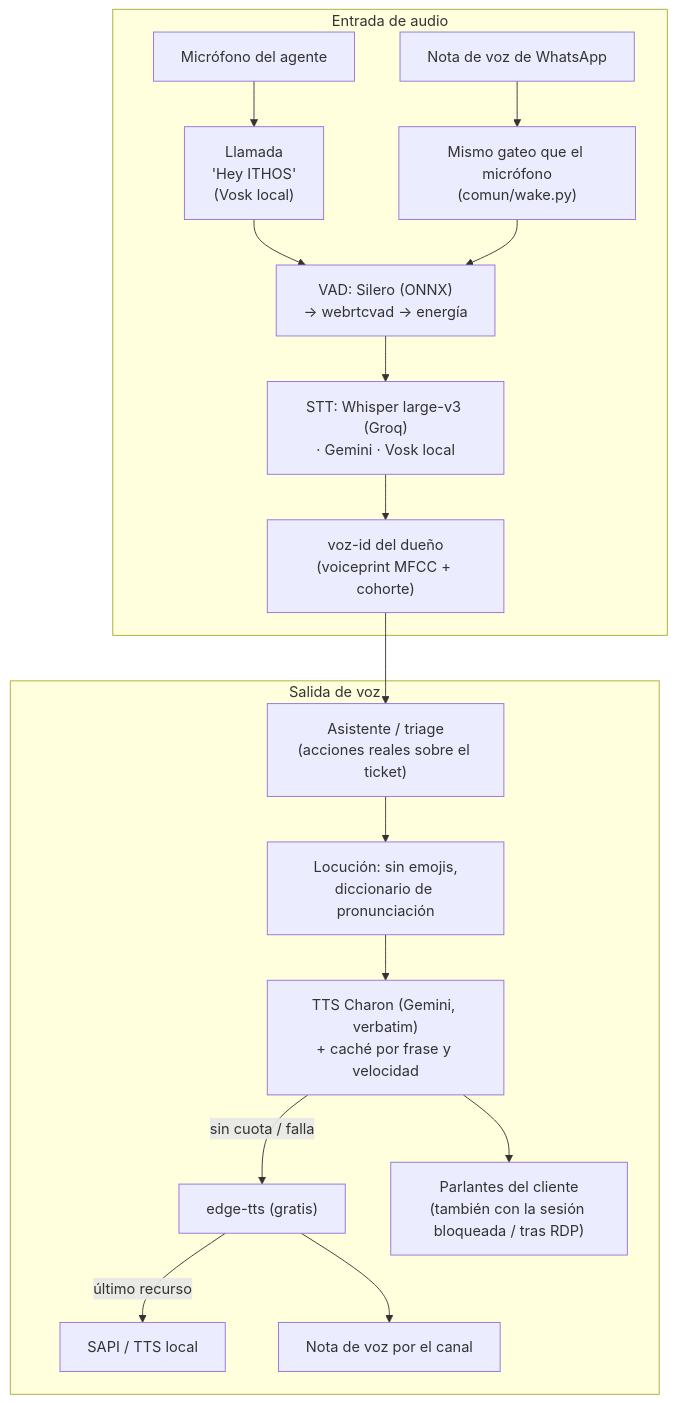
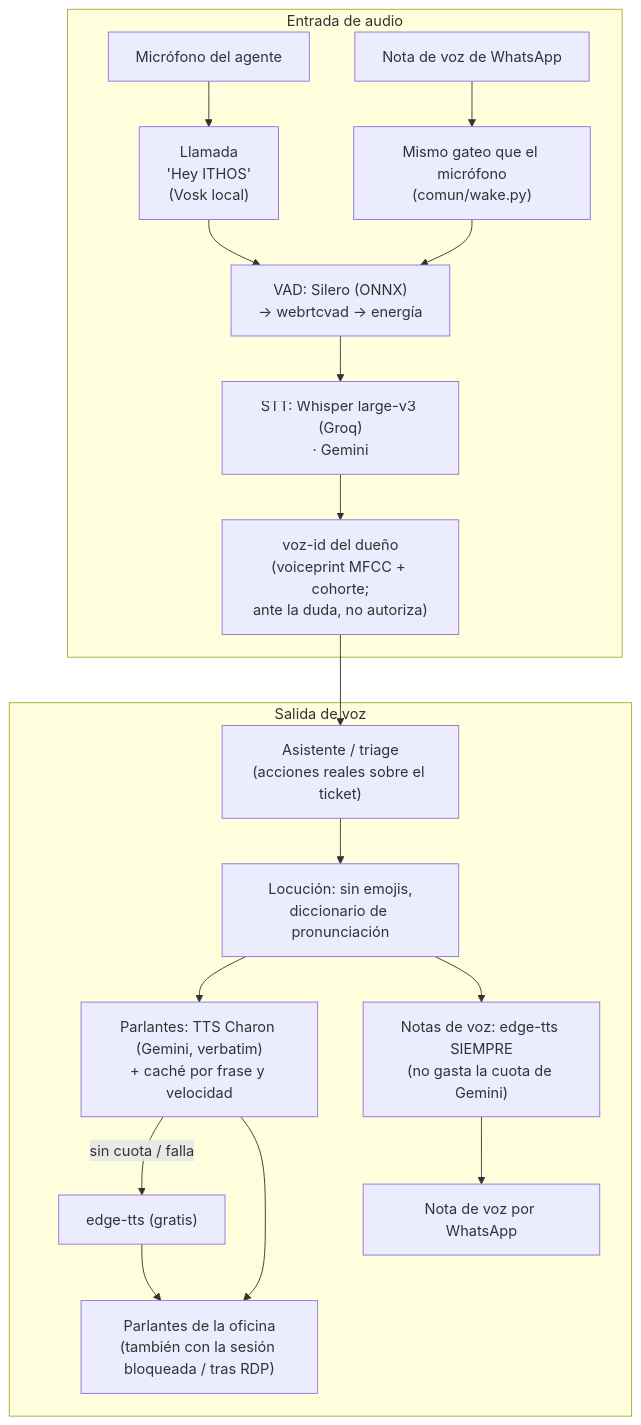
The second of 6 diagrams in DOCUMENTO_MAESTRO.md (bsierra4262/ithos), drawn with Mermaid before and after one commit. The commit also changed other lines of this file and 73 other files, not shown here.

````diff
--- a/DOCUMENTO_MAESTRO.md
+++ b/DOCUMENTO_MAESTRO.md
@@ -120,20 +122,21 @@
 ```mermaid
 flowchart TD
     subgraph ENT["Entrada de audio"]
         M1["Micrófono del agente"] --> W["Llamada<br/>'Hey ITHOS'<br/>(Vosk local)"]
         M2["Nota de voz de WhatsApp"] --> G["Mismo gateo que el micrófono<br/>(comun/wake.py)"]
         W --> V["VAD: Silero (ONNX)<br/>→ webrtcvad → energía"]
         G --> V
-        V --> S["STT: Whisper large-v3 (Groq)<br/>· Gemini · Vosk local"]
-        S --> ID["voz-id del dueño<br/>(voiceprint MFCC + cohorte)"]
+        V --> S["STT: Whisper large-v3 (Groq)<br/>· Gemini"]
+        S --> ID["voz-id del dueño<br/>(voiceprint MFCC + cohorte;<br/>ante la duda, no autoriza)"]
     end
     ID --> AS["Asistente / triage<br/>(acciones reales sobre el ticket)"]
     subgraph SAL["Salida de voz"]
         AS --> L["Locución: sin emojis,<br/>diccionario de pronunciación"]
-        L --> T1["TTS Charon (Gemini, verbatim)<br/>+ caché por frase y velocidad"]
+        L --> T1["Parlantes: TTS Charon (Gemini, verbatim)<br/>+ caché por frase y velocidad"]
         T1 -->|"sin cuota / falla"| T2["edge-tts (gratis)"]
-        T2 -->|"último recurso"| T3["SAPI / TTS local"]
-        T1 --> PAR["Parlantes del cliente<br/>(también con la sesión bloqueada / tras RDP)"]
-        T2 --> NV["Nota de voz por el canal"]
+        T1 --> PAR["Parlantes de la oficina<br/>(también con la sesión bloqueada / tras RDP)"]
+        T2 --> PAR
+        L --> T3["Notas de voz: edge-tts SIEMPRE<br/>(no gasta la cuota de Gemini)"]
+        T3 --> NV["Nota de voz por WhatsApp"]
     end
 ```
````
